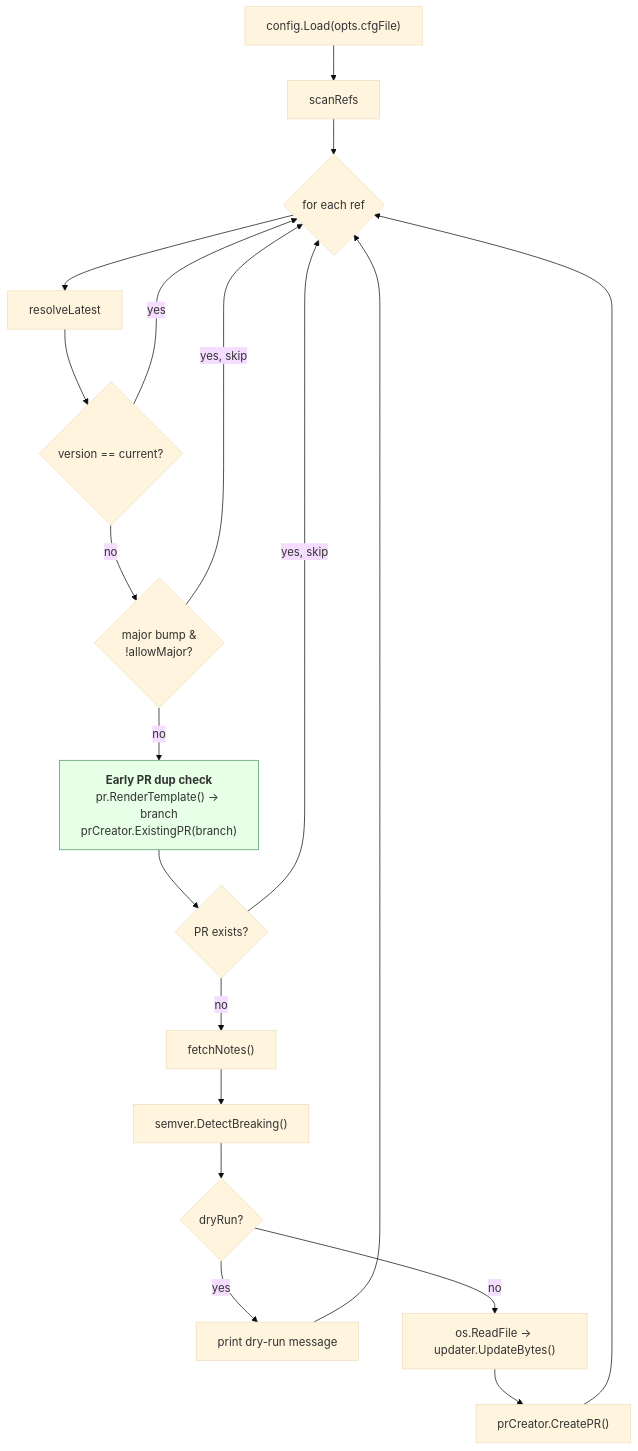
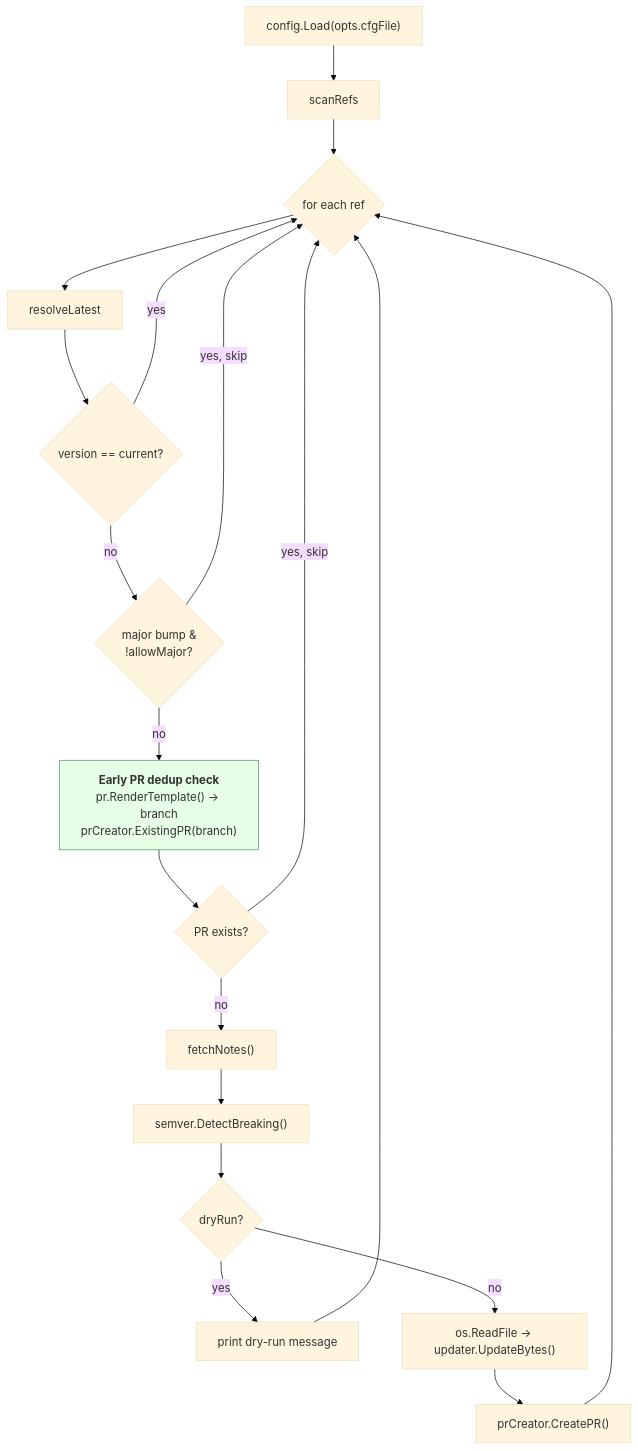
One commit to szhekpisov/argoiax changed the third of 7 diagrams in docs/architecture.md. Above: the diagram before and after it, drawn with Mermaid (base theme). The commit also changed other lines of this file, not shown here.

First line of the commit message:
docs: expand architecture.md with full design documentation

````diff
--- a/docs/architecture.md
+++ b/docs/architecture.md
@@ -41,26 +51,26 @@
 ```mermaid
 flowchart TD
     A["config.Load(opts.cfgFile)"] --> B[scanRefs]
     B --> C{for each ref}
     C --> D[resolveLatest]
     D --> E{version == current?}
     E -- yes --> C
     E -- no --> F{major bump &<br/>!allowMajor?}
     F -- yes, skip --> C
     F -- no --> DUP
 
-    DUP["<b>Early PR dup check</b><br/>pr.RenderTemplate() → branch<br/>prCreator.ExistingPR(branch)"]
+    DUP["<b>Early PR dedup check</b><br/>pr.RenderTemplate() → branch<br/>prCreator.ExistingPR(branch)"]
     DUP --> DUPQ{PR exists?}
     DUPQ -- yes, skip --> C
     DUPQ -- no --> G
 
     G["fetchNotes()"] --> H["semver.DetectBreaking()"]
     H --> I{dryRun?}
     I -- yes --> J[print dry-run message]
     J --> C
     I -- no --> K["os.ReadFile → updater.UpdateBytes()"]
     K --> L["prCreator.CreatePR()"]
     L --> C
 
     style DUP fill:#e6ffe6,stroke:#4a9960
 ```
````
